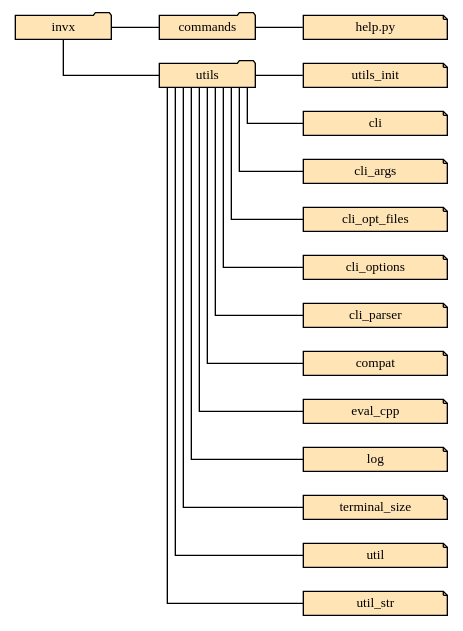
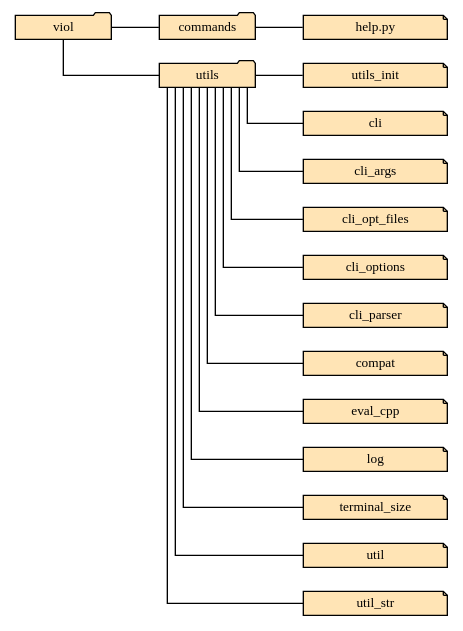
Before and after one commit to tracecutter/viol: the diagram in docs/5d_api/tree.dot, drawn with Graphviz. The commit also changed 119 other files, not shown here.

```diff
--- a/docs/5d_api/tree.dot
+++ b/docs/5d_api/tree.dot
@@ -1,32 +1,32 @@
 digraph 
 	{
 	splines=ortho;
 	concentrate=true;
 	graph [rankdir=LR];
 
 	node [shape=folder font="courier" fontsize=10 width=1.0 height=.25 style="filled" fillcolor="moccasin" fixedsize=true];
-	invx [label="invx"];
+	viol [label="viol"];
 	commands [label="commands"];
 	utils [label="utils"];
 
 	node [shape=note width=1.5 style="filled" fillcolor="moccasin" fixedsize=true];
 	help [label="help.py"];
 
 	edge[dir=none];
 
-	invx -> commands [len=1 weight=100];
+	viol -> commands [len=1 weight=100];
 	       commands -> help;
-	invx -> utils;
+	viol -> utils;
 	       utils -> utils_init [len=1 weight=100];
 	       utils -> cli;
 	       utils -> cli_args;
 	       utils -> cli_opt_files;
 	       utils -> cli_options;
 	       utils -> cli_parser;
 	       utils -> compat;
 	       utils -> eval_cpp;
 	       utils -> log;
 	       utils -> terminal_size;
 	       utils -> util;
 	       utils -> util_str;
 	}
```
